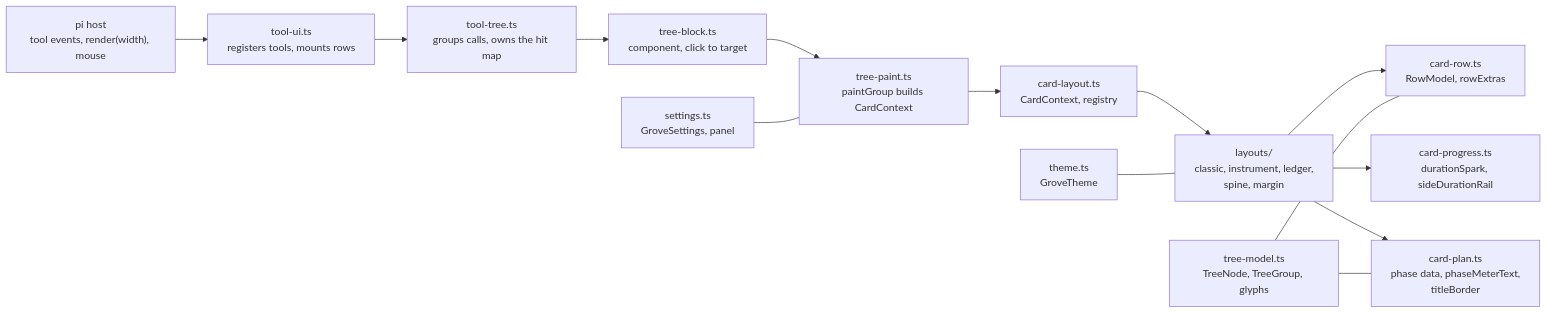
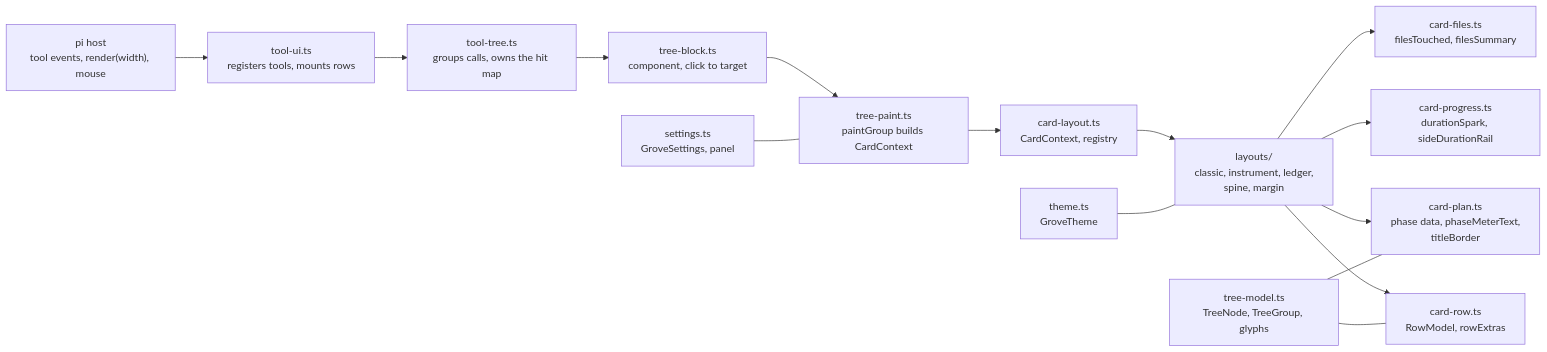
One commit to Gendyyy/pi-grove changed the first of 2 diagrams in docs/architecture.md. Above: the diagram before and after it, drawn with Mermaid. The commit also changed other lines of this file and 12 other files, not shown here.

First line of the commit message:
feat: name the files a turn touched under the classic card

````diff
--- a/docs/architecture.md
+++ b/docs/architecture.md
@@ -9,16 +9,17 @@
 ```mermaid
 flowchart LR
     HOST["pi host<br/>tool events, render(width), mouse"] --> UI["tool-ui.ts<br/>registers tools, mounts rows"]
     UI --> TT["tool-tree.ts<br/>groups calls, owns the hit map"]
     TT --> TB["tree-block.ts<br/>component, click to target"]
     TB --> TP["tree-paint.ts<br/>paintGroup builds CardContext"]
     TP --> CL["card-layout.ts<br/>CardContext, registry"]
     CL --> LY["layouts/<br/>classic, instrument, ledger,<br/>spine, margin"]
     LY --> ROW["card-row.ts<br/>RowModel, rowExtras"]
     LY --> PROG["card-progress.ts<br/>durationSpark, sideDurationRail"]
     LY --> PLAN["card-plan.ts<br/>phase data, phaseMeterText,<br/>titleBorder"]
+    LY --> FILES["card-files.ts<br/>filesTouched, filesSummary"]
     MODEL["tree-model.ts<br/>TreeNode, TreeGroup, glyphs"] --- ROW
     MODEL --- PLAN
     SET["settings.ts<br/>GroveSettings, panel"] --- TP
     THEME["theme.ts<br/>GroveTheme"] --- LY
 ```
````
